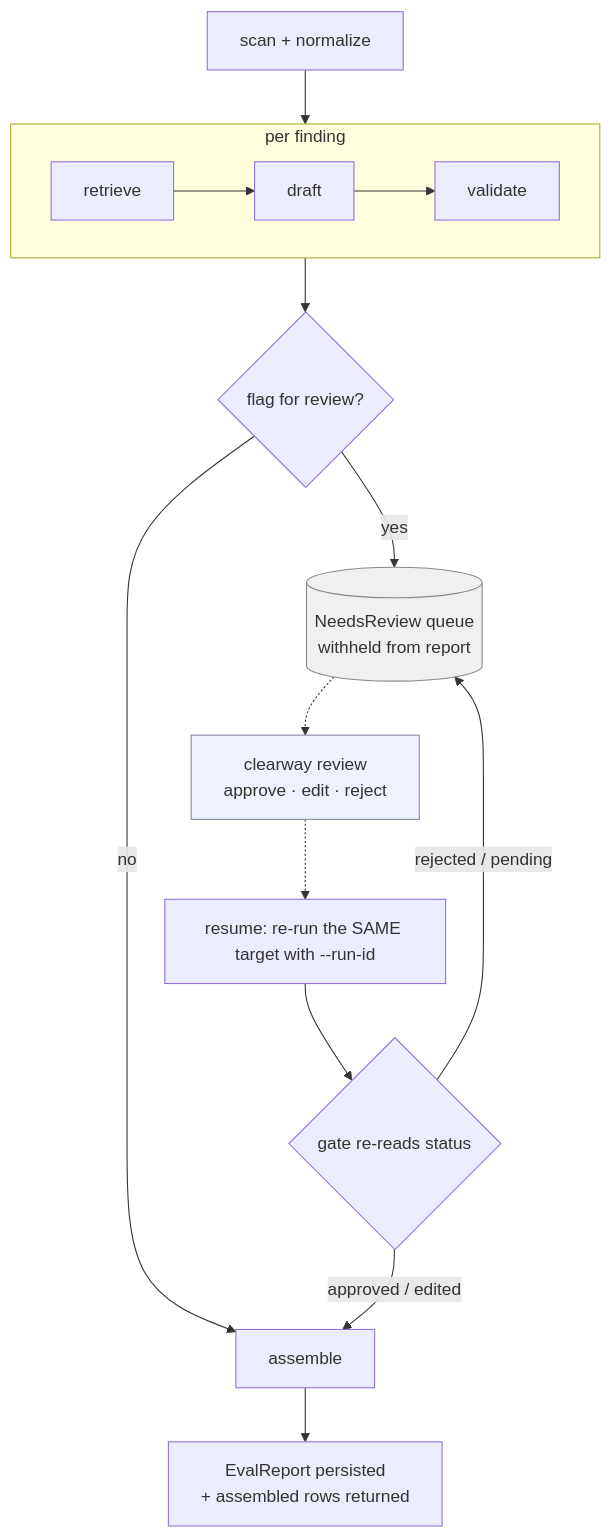
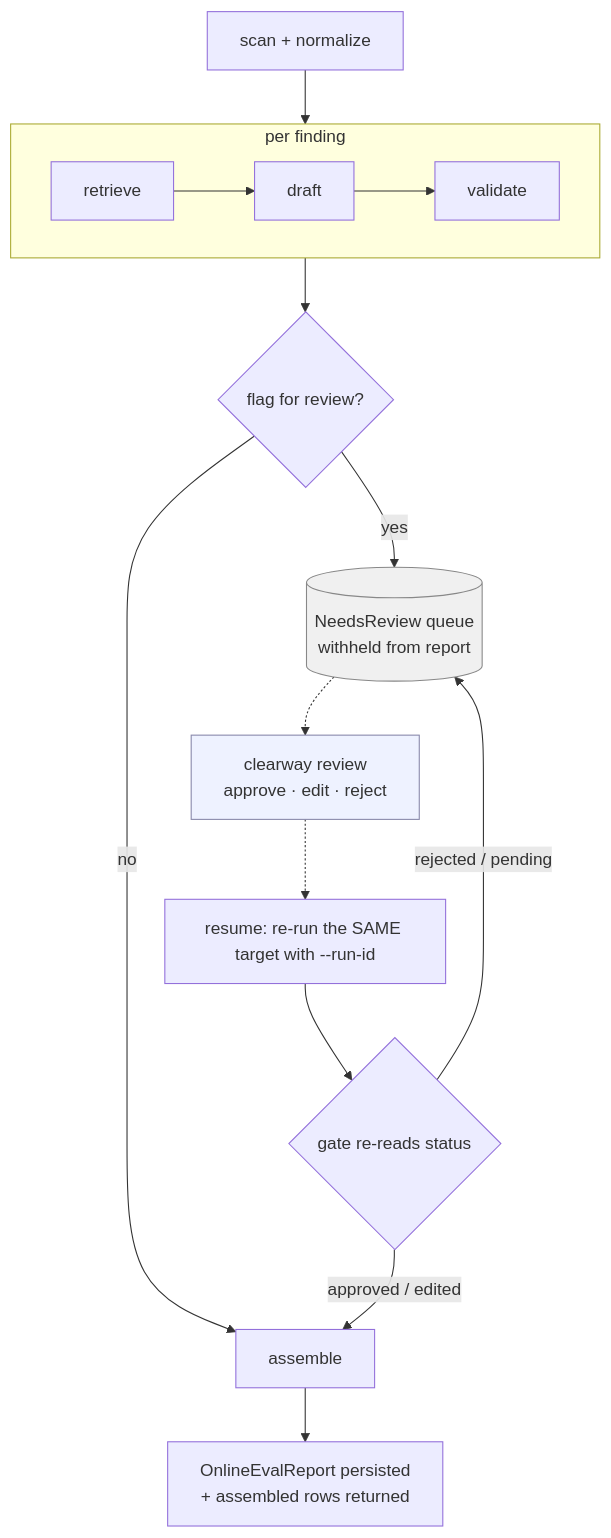
Before and after one commit to skinner2012/Clearway: the diagram in clearway/orchestrator/README.md, drawn with Mermaid. The commit also changed other lines of this file and 34 other files, not shown here.

Commit message:
refactor(eval): adopt the offline/online evaluation vocabulary

````diff
--- a/clearway/orchestrator/README.md
+++ b/clearway/orchestrator/README.md
@@ -14,27 +14,27 @@
 ```mermaid
 flowchart TB
     S["scan + normalize"]
     subgraph PF["per finding"]
         direction LR
         RET["retrieve"] --> DRA["draft"] --> VAL["validate"]
     end
     GATE{"flag for review?"}
     ASM["assemble"]
-    REP["EvalReport persisted<br/>+ assembled rows returned"]
+    REP["OnlineEvalReport persisted<br/>+ assembled rows returned"]
     Q[("NeedsReview queue<br/>withheld from report")]:::queue
     REV["clearway review<br/>approve · edit · reject"]:::human
     RES["resume: re-run the SAME target with --run-id"]
     GATE2{"gate re-reads status"}
 
     S --> RET
     VAL --> GATE
     GATE -->|no| ASM --> REP
     GATE -->|yes| Q
     Q -.-> REV
     REV -.-> RES
     RES --> GATE2
     GATE2 -->|approved / edited| ASM
     GATE2 -->|rejected / pending| Q
     classDef queue fill:#f0f0f0,stroke:#888,color:#333;
     classDef human fill:#eef2ff,stroke:#88a,color:#333;
 ```
````
